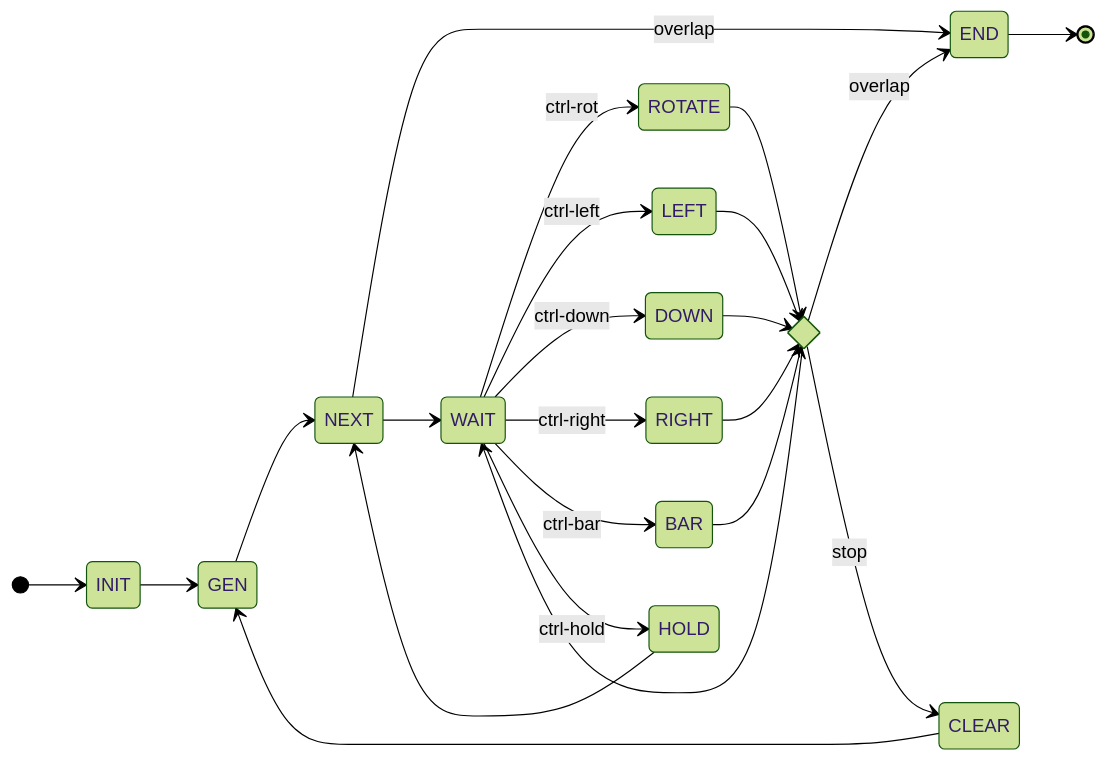
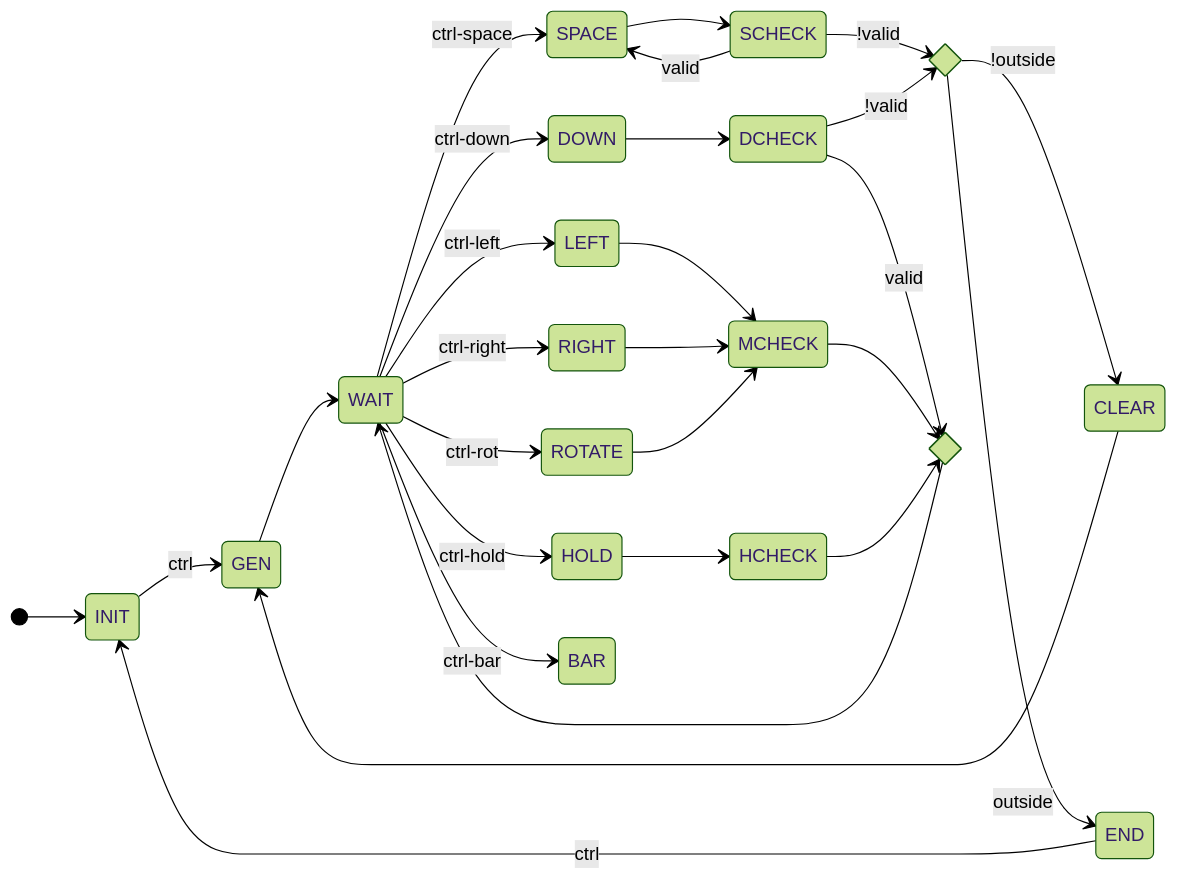
Before and after one commit to nella17/NYCU-DCLab-2022-Final: the third of 4 diagrams in README.md, drawn with Mermaid (forest theme).

Commit message:
update state graph

````diff
--- a/README.md
+++ b/README.md
@@ -60,27 +60,33 @@
 ```mermaid
 stateDiagram-v2
 direction LR
 [*] --> INIT
-INIT --> GEN
-GEN --> NEXT
-NEXT --> END     :overlap
-END --> [*]
-NEXT --> WAIT
+INIT --> GEN    : ctrl
+GEN --> WAIT
+WAIT --> SPACE  : ctrl-space
+WAIT --> DOWN   : ctrl-down
+WAIT --> LEFT   : ctrl-left
+WAIT --> RIGHT  : ctrl-right
 WAIT --> ROTATE : ctrl-rot
-WAIT --> LEFT   : ctrl-left
-WAIT --> DOWN   : ctrl-down
-WAIT --> RIGHT  : ctrl-right
+WAIT --> HOLD   : ctrl-hold
 WAIT --> BAR    : ctrl-bar
-WAIT --> HOLD   : ctrl-hold
-state WAIT_IF <<choice>>
-ROTATE --> WAIT_IF
-LEFT   --> WAIT_IF
-DOWN   --> WAIT_IF
-RIGHT  --> WAIT_IF
-HOLD   --> NEXT
-BAR    --> WAIT_IF
-WAIT_IF --> WAIT
-WAIT_IF --> END    :overlap
-WAIT_IF --> CLEAR  :stop
+SPACE --> SCHECK
+DOWN --> DCHECK
+LEFT --> MCHECK
+RIGHT --> MCHECK
+ROTATE --> MCHECK
+HOLD --> HCHECK
+SCHECK --> SPACE     : valid
+state CLEAR_END <<choice>>
+state WAIT_ <<choice>>
+SCHECK --> CLEAR_END : !valid
+DCHECK --> CLEAR_END : !valid
+DCHECK --> WAIT_     : valid
+MCHECK --> WAIT_
+HCHECK --> WAIT_
+WAIT_ --> WAIT
+CLEAR_END --> CLEAR  : !outside
+CLEAR_END --> END    : outside
+END --> INIT         : ctrl
 CLEAR --> GEN
 ```
````
